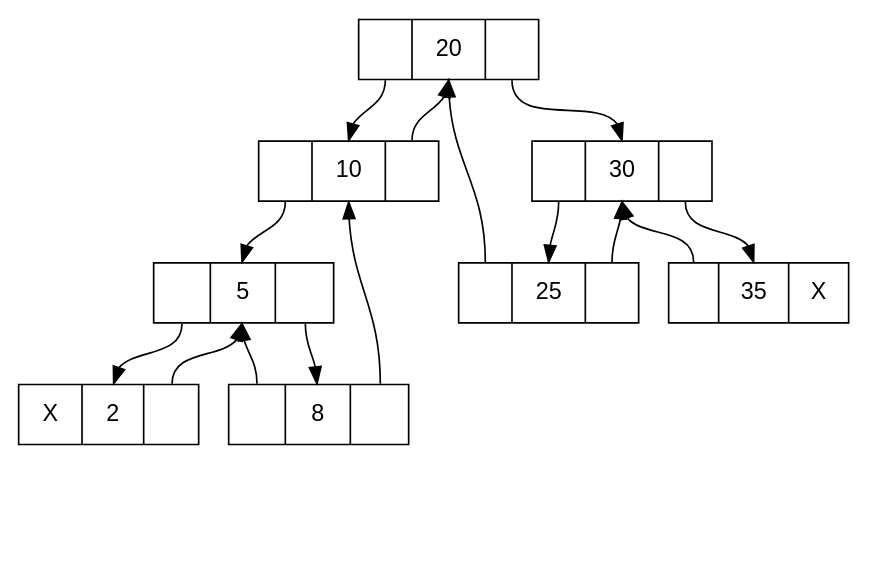
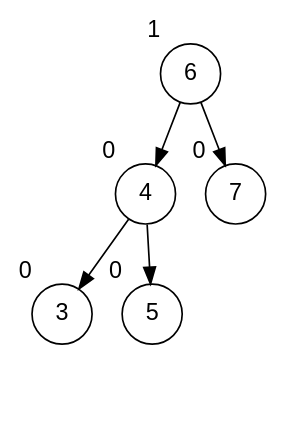
One commit to radwanCS/Data-Structure-Visualization-with-Graphviz changed the diagram in diagram.dot. Above: the diagram before and after it, drawn with Graphviz. The commit also changed 18 other files, not shown here.

```diff
--- a/diagram.dot
+++ b/diagram.dot
@@ -1,35 +1,29 @@
-digraph LTBT{
-	node [fontname="Arial", shape=record, height=0.5, width=1.5];
-	20 [label="<left> |<data> 20 |<right> "];
-	10 [label="<left> |<data> 10 |<right> "];
-	30 [label="<left> |<data> 30 |<right> "];
-	5 [label="<left> |<data> 5 |<right> "];
-	20 [label="<left> |<data> 20 |<right> "];
-	25 [label="<left> |<data> 25 |<right> "];
-	35 [label="<left> |<data> 35 |<right> X"];
-	2 [label="<left> X|<data> 2 |<right> "];
-	8 [label="<left> |<data> 8 |<right> "];
-	10 [label="<left> |<data> 10 |<right> "];
-	30 [label="<left> |<data> 30 |<right> "];
-	20 [label="<left> |<data> 20 |<right> "];
-	30 [label="<left> |<data> 30 |<right> "];
-	30 [label="<left> |<data> 30 |<right> "];
+digraph BST {
+	node [fontname="Arial", shape=circle];
+	6 [xlabel="1"];
+	6 -> 4;
+	4 [xlabel="0"];
+	4 -> 3;
+	3 [xlabel="0"];
 	NULL1 [shape=point style=invis];
-	2:left -> NULL1 [style=invis];
-	2:right -> 5:data;
-	5:left -> 2:data;
-	5:right -> 8:data;
-	8:left -> 5:data;
-	8:right -> 10:data;
-	10:left -> 5:data;
-	10:right -> 20:data;
-	20:left -> 10:data;
-	20:right -> 30:data;
-	25:left -> 20:data;
-	25:right -> 30:data;
-	30:left -> 25:data;
-	30:right -> 35:data;
-	35:left -> 30:data;
+	3 -> NULL1 [style=invis];
+	3 [xlabel="0"];
 	NULL2 [shape=point style=invis];
-	35:right -> NULL2 [style=invis];
+	3 -> NULL2 [style=invis];
+	4 [xlabel="0"];
+	4 -> 5;
+	5 [xlabel="0"];
+	NULL3 [shape=point style=invis];
+	5 -> NULL3 [style=invis];
+	5 [xlabel="0"];
+	NULL4 [shape=point style=invis];
+	5 -> NULL4 [style=invis];
+	6 [xlabel="1"];
+	6 -> 7;
+	7 [xlabel="0"];
+	NULL5 [shape=point style=invis];
+	7 -> NULL5 [style=invis];
+	7 [xlabel="0"];
+	NULL6 [shape=point style=invis];
+	7 -> NULL6 [style=invis];
 }
```
